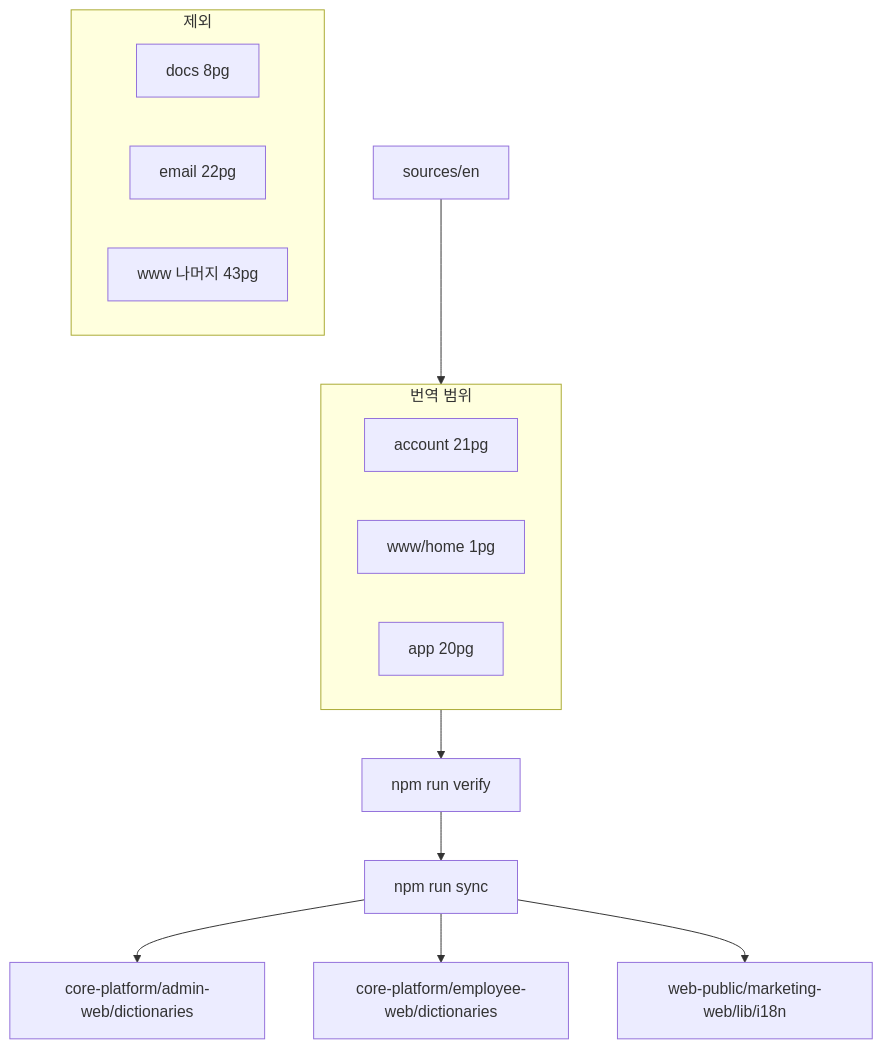
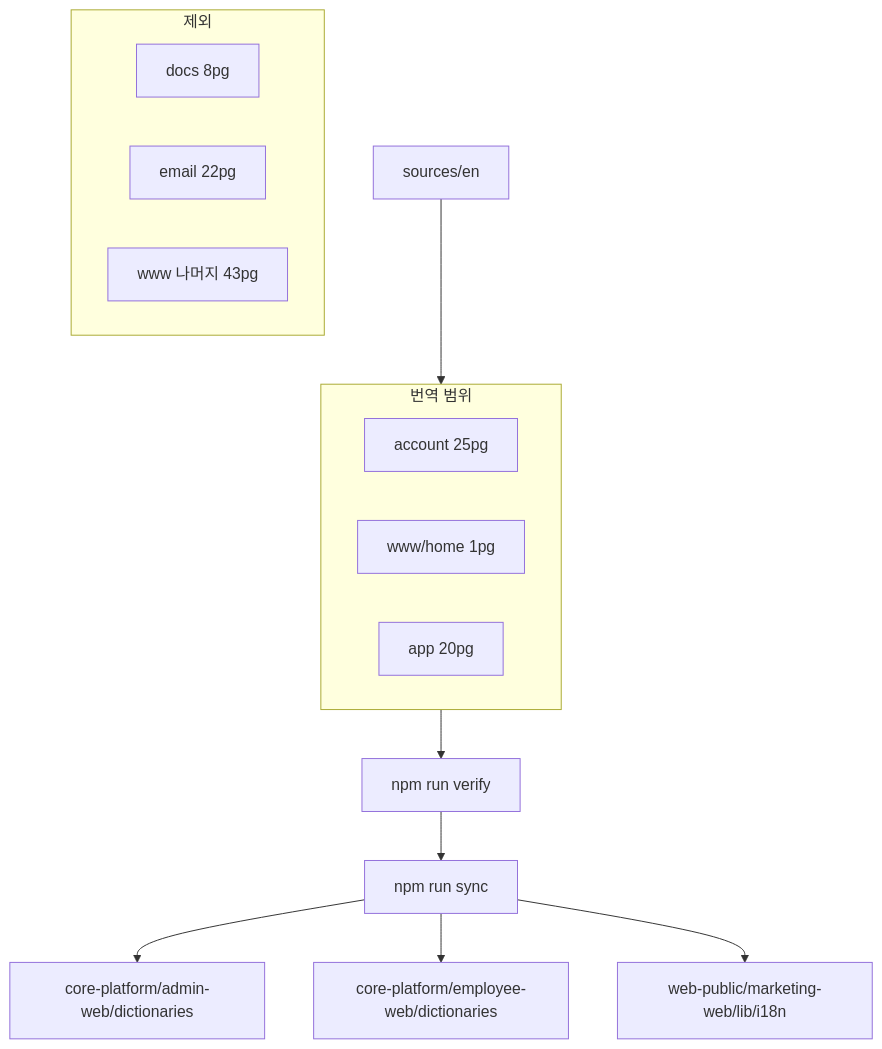
The diagram in docs/PLAN-translation-account-www-app.md (erp-labs/web-i18n), drawn with Mermaid before and after one commit. The commit also changed other lines of this file and 213 other files, not shown here.

````diff
--- a/docs/PLAN-translation-account-www-app.md
+++ b/docs/PLAN-translation-account-www-app.md
@@ -35,19 +35,19 @@
 ```mermaid
 flowchart TB
   subgraph inScope [번역 범위]
-    Account["account 21pg"]
+    Account["account 25pg"]
     Home["www/home 1pg"]
     App["app 20pg"]
   end
   subgraph outScope [제외]
     Docs["docs 8pg"]
     Email["email 22pg"]
     WwwRest["www 나머지 43pg"]
   end
   EN["sources/en"] --> inScope
   inScope --> Verify["npm run verify"]
   Verify --> Sync["npm run sync"]
   Sync --> AdminDict["core-platform/admin-web/dictionaries"]
   Sync --> EmpDict["core-platform/employee-web/dictionaries"]
   Sync --> MktI18n["web-public/marketing-web/lib/i18n"]
 ```
````
